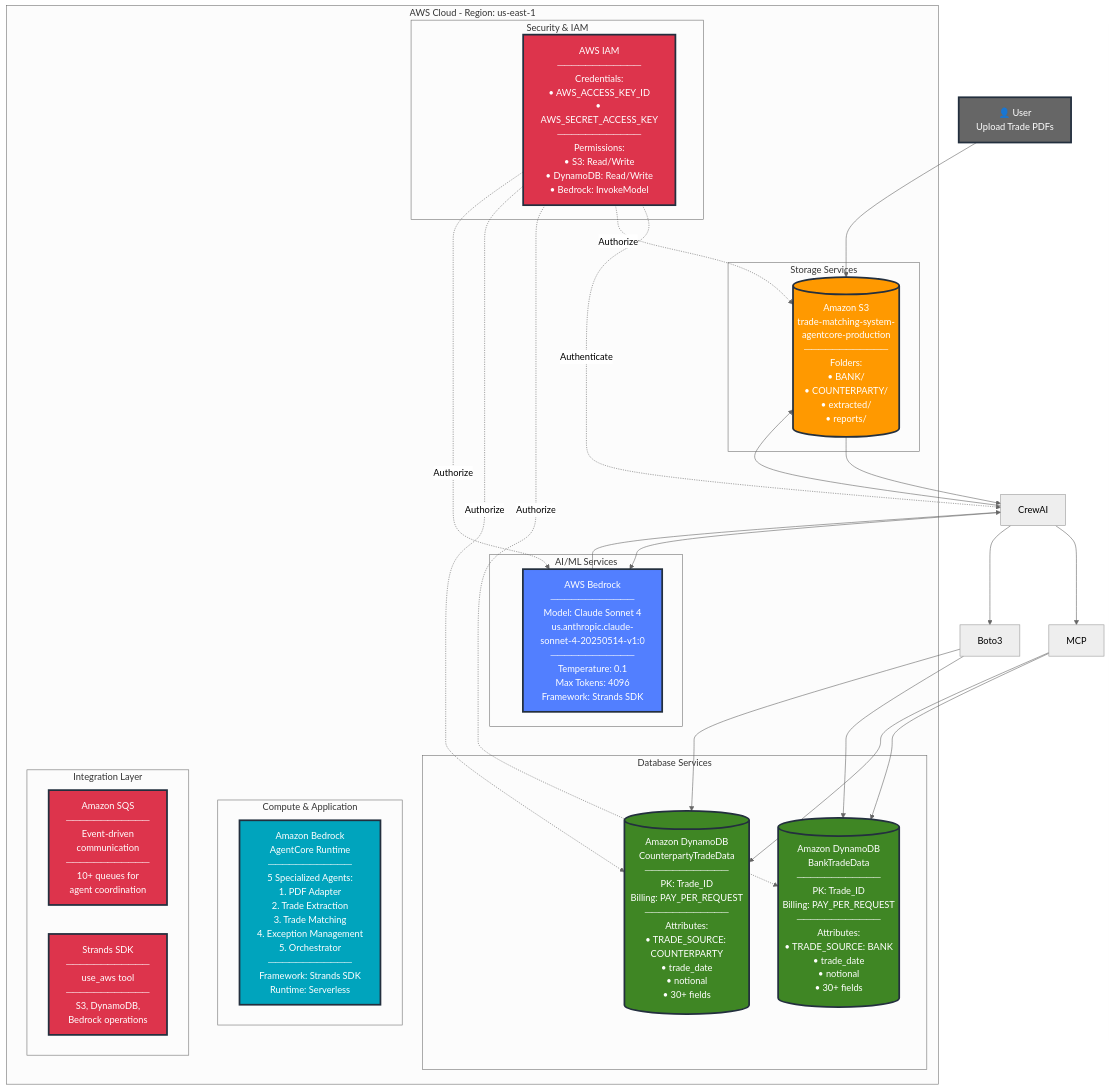
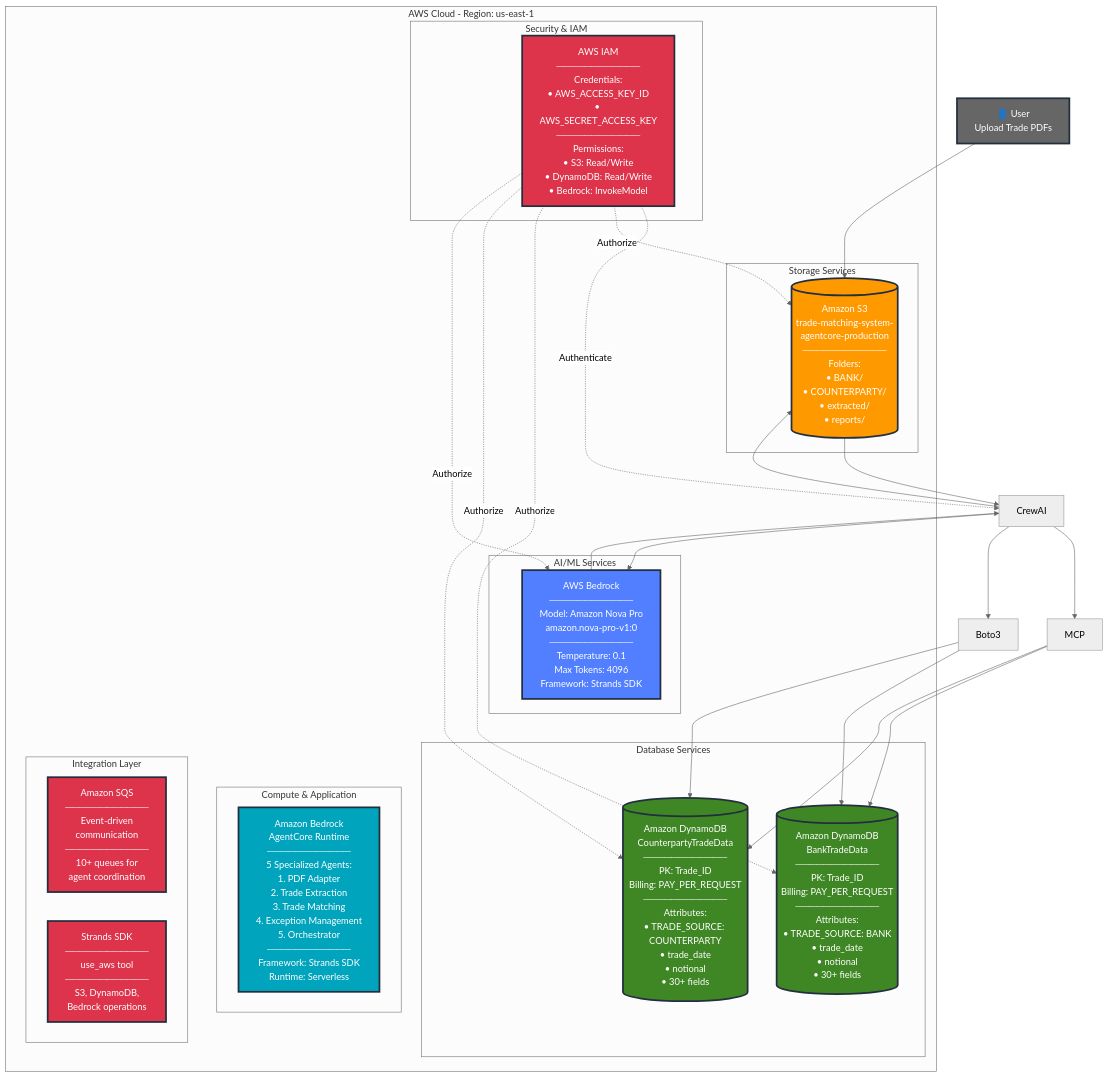
Before and after one commit to koushal2018/ai-trade-matching-system: the first of 2 diagrams in docs/aws-services-diagram.md, drawn with Mermaid (neutral theme). The commit also changed other lines of this file and 11 other files, not shown here.

````diff
--- a/docs/aws-services-diagram.md
+++ b/docs/aws-services-diagram.md
@@ -5,70 +5,70 @@
 ```mermaid
 graph TB
     subgraph "AWS Cloud - Region: us-east-1"
         subgraph "Storage Services"
             S3[("Amazon S3<br/>trade-matching-system-<br/>agentcore-production<br/>────────────<br/>Folders:<br/>• BANK/<br/>• COUNTERPARTY/<br/>• extracted/<br/>• reports/")]
         end
 
         subgraph "AI/ML Services"
-            Bedrock["AWS Bedrock<br/>────────────<br/>Model: Claude Sonnet 4<br/>us.anthropic.claude-<br/>sonnet-4-20250514-v1:0<br/>────────────<br/>Temperature: 0.1<br/>Max Tokens: 4096<br/>Framework: Strands SDK"]
+            Bedrock["AWS Bedrock<br/>────────────<br/>Model: Amazon Nova Pro<br/>amazon.nova-pro-v1:0<br/>────────────<br/>Temperature: 0.1<br/>Max Tokens: 4096<br/>Framework: Strands SDK"]
         end
 
         subgraph "Database Services"
             DDB1[("Amazon DynamoDB<br/>BankTradeData<br/>────────────<br/>PK: Trade_ID<br/>Billing: PAY_PER_REQUEST<br/>────────────<br/>Attributes:<br/>• TRADE_SOURCE: BANK<br/>• trade_date<br/>• notional<br/>• 30+ fields")]
 
             DDB2[("Amazon DynamoDB<br/>CounterpartyTradeData<br/>────────────<br/>PK: Trade_ID<br/>Billing: PAY_PER_REQUEST<br/>────────────<br/>Attributes:<br/>• TRADE_SOURCE: COUNTERPARTY<br/>• trade_date<br/>• notional<br/>• 30+ fields")]
         end
 
         subgraph "Compute & Application"
             AgentCore["Amazon Bedrock<br/>AgentCore Runtime<br/>────────────<br/>5 Specialized Agents:<br/>1. PDF Adapter<br/>2. Trade Extraction<br/>3. Trade Matching<br/>4. Exception Management<br/>5. Orchestrator<br/>────────────<br/>Framework: Strands SDK<br/>Runtime: Serverless"]
         end
 
         subgraph "Integration Layer"
             SQS["Amazon SQS<br/>────────────<br/>Event-driven<br/>communication<br/>────────────<br/>10+ queues for<br/>agent coordination"]
 
             Strands["Strands SDK<br/>────────────<br/>use_aws tool<br/>────────────<br/>S3, DynamoDB,<br/>Bedrock operations"]
         end
 
         subgraph "Security & IAM"
             IAM["AWS IAM<br/>────────────<br/>Credentials:<br/>• AWS_ACCESS_KEY_ID<br/>• AWS_SECRET_ACCESS_KEY<br/>────────────<br/>Permissions:<br/>• S3: Read/Write<br/>• DynamoDB: Read/Write<br/>• Bedrock: InvokeModel"]
         end
     end
 
     %% External Input
     User[👤 User<br/>Upload Trade PDFs]
 
     %% Data Flow
     User --> S3
     S3 --> CrewAI
     CrewAI --> Bedrock
     Bedrock --> CrewAI
     CrewAI --> MCP
     CrewAI --> Boto3
     MCP --> DDB1
     MCP --> DDB2
     Boto3 --> DDB1
     Boto3 --> DDB2
     CrewAI --> S3
     IAM -.->|Authenticate| CrewAI
     IAM -.->|Authorize| S3
     IAM -.->|Authorize| DDB1
     IAM -.->|Authorize| DDB2
     IAM -.->|Authorize| Bedrock
 
     %% Styling
     classDef storage fill:#FF9900,stroke:#232F3E,stroke-width:3px,color:#fff
     classDef compute fill:#00A4BD,stroke:#232F3E,stroke-width:3px,color:#fff
     classDef ai fill:#527FFF,stroke:#232F3E,stroke-width:3px,color:#fff
     classDef database fill:#3F8624,stroke:#232F3E,stroke-width:3px,color:#fff
     classDef integration fill:#DD344C,stroke:#232F3E,stroke-width:3px,color:#fff
     classDef security fill:#DD344C,stroke:#232F3E,stroke-width:3px,color:#fff
     classDef user fill:#666,stroke:#232F3E,stroke-width:3px,color:#fff
 
     class S3 storage
     class AgentCore compute
     class Bedrock ai
     class DDB1,DDB2 database
     class SQS,Strands integration
     class IAM security
     class User user
 ```
````
